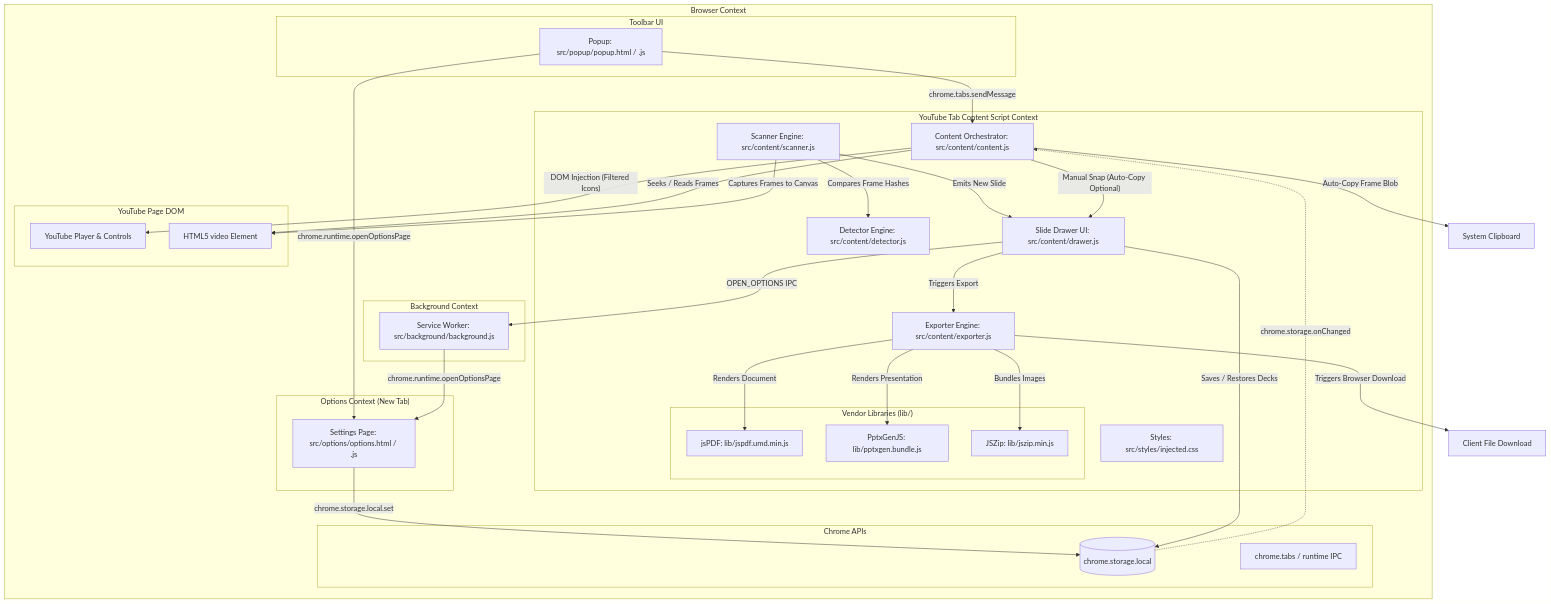
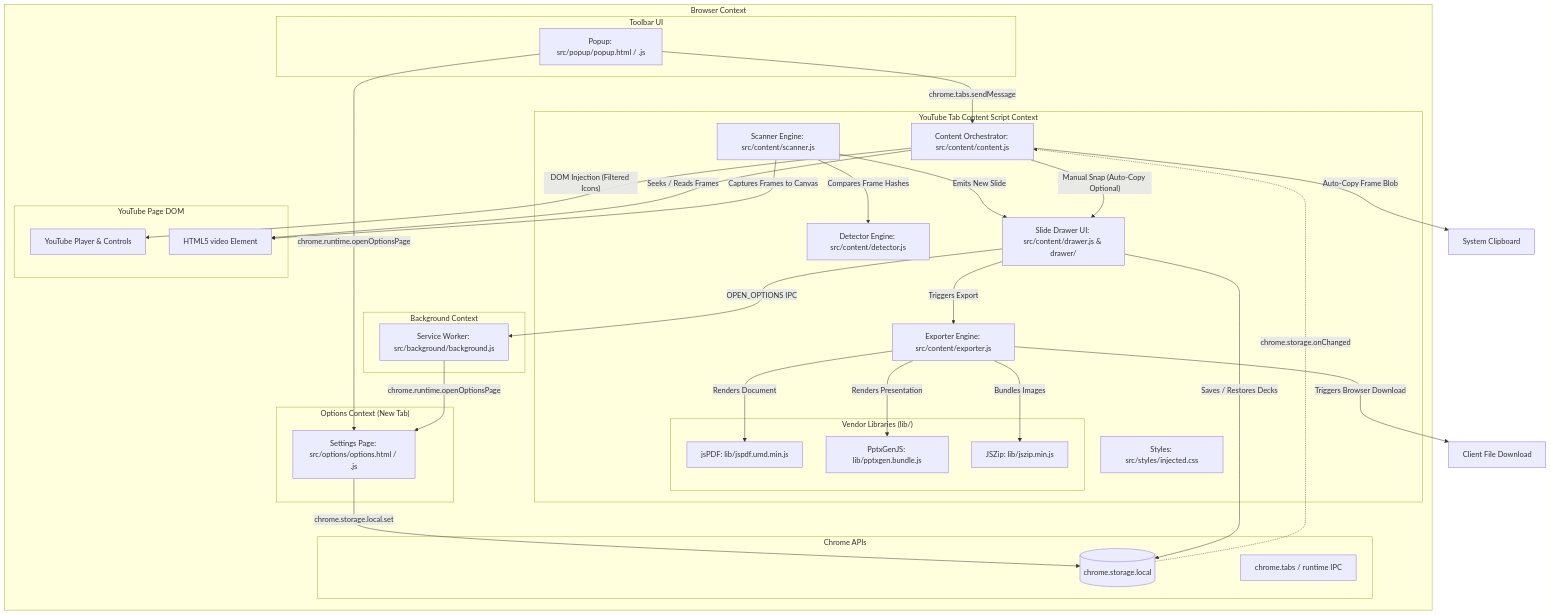
Before and after one commit to ashmitiscool/yt-to-pdf: the first of 6 diagrams in ARCHITECTURE.md, drawn with Mermaid. The commit also changed other lines of this file and 6 other files, not shown here.

````diff
--- a/ARCHITECTURE.md
+++ b/ARCHITECTURE.md
@@ -35,62 +35,62 @@
 ```mermaid
 graph TD
     subgraph Browser_Context["Browser Context"]
         subgraph Toolbar_UI["Toolbar UI"]
             POP["Popup: src/popup/popup.html / .js"]
         end
 
         subgraph Options_UI["Options Context (New Tab)"]
             OPT["Settings Page: src/options/options.html / .js"]
         end
 
         subgraph Background_Context["Background Context"]
             SW["Service Worker: src/background/background.js"]
         end
 
         subgraph Content_Script_Context["YouTube Tab Content Script Context"]
             CS["Content Orchestrator: src/content/content.js"]
             DET["Detector Engine: src/content/detector.js"]
             SCN["Scanner Engine: src/content/scanner.js"]
-            DRW["Slide Drawer UI: src/content/drawer.js"]
+            DRW["Slide Drawer UI: src/content/drawer.js & drawer/"]
             EXP["Exporter Engine: src/content/exporter.js"]
             CSS["Styles: src/styles/injected.css"]
             
             subgraph Vendor_Libs["Vendor Libraries (lib/)"]
                 PDF["jsPDF: lib/jspdf.umd.min.js"]
                 PPT["PptxGenJS: lib/pptxgen.bundle.js"]
                 ZIP["JSZip: lib/jszip.min.js"]
             end
         end
 
         subgraph YouTube_DOM["YouTube Page DOM"]
             YDOM["YouTube Player & Controls"]
             YVID["HTML5 video Element"]
         end
 
         subgraph Chrome_APIs["Chrome APIs"]
             STOR[("chrome.storage.local")]
             TABS["chrome.tabs / runtime IPC"]
         end
     end
 
     %% Interactions
     POP -->|"chrome.tabs.sendMessage"| CS
     POP -->|"chrome.runtime.openOptionsPage"| OPT
     DRW -->|"OPEN_OPTIONS IPC"| SW
     SW -->|"chrome.runtime.openOptionsPage"| OPT
     OPT -->|"chrome.storage.local.set"| STOR
     STOR -.->|"chrome.storage.onChanged"| CS
     CS -->|"DOM Injection (Filtered Icons)"| YDOM
     CS -->|"Seeks / Reads Frames"| YVID
     SCN -->|"Captures Frames to Canvas"| YVID
     SCN -->|"Compares Frame Hashes"| DET
     SCN -->|"Emits New Slide"| DRW
     CS -->|"Manual Snap (Auto-Copy Optional)"| DRW
     CS -->|"Auto-Copy Frame Blob"| CLIP["System Clipboard"]
     DRW -->|"Saves / Restores Decks"| STOR
     DRW -->|"Triggers Export"| EXP
     EXP -->|"Renders Presentation"| PPT
     EXP -->|"Renders Document"| PDF
     EXP -->|"Bundles Images"| ZIP
     EXP -->|"Triggers Browser Download"| BrowserContext["Client File Download"]
 ```
````
